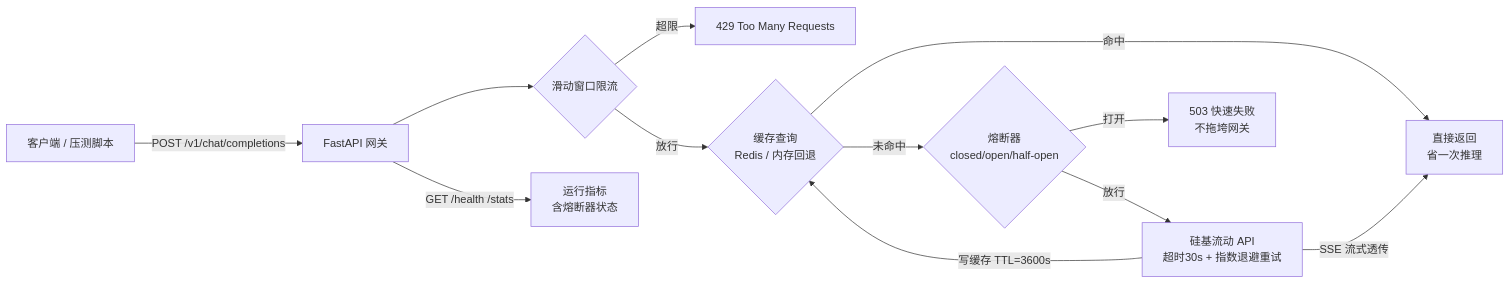
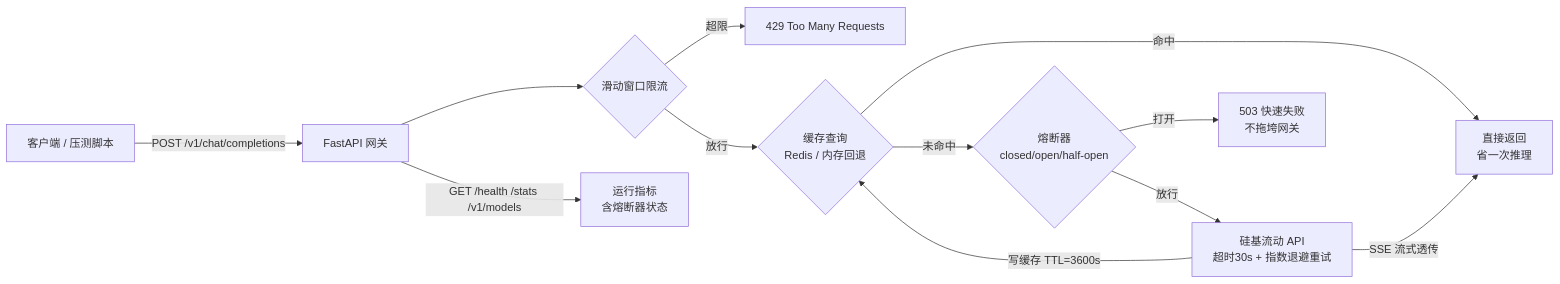
The diagram in README.md (xinyanqiao6-lang/project1-llm-api-service), drawn with Mermaid before and after one commit. The commit also changed other lines of this file and 2 other files, not shown here.

Commit message:
feat: 补 OpenAI 兼容 /v1/models 端点(让简历表述属实) + 加测试用例(19个) + README设计取舍段落

````diff
--- a/README.md
+++ b/README.md
@@ -8,14 +8,14 @@
 ```mermaid
 flowchart LR
     C[客户端 / 压测脚本] -->|POST /v1/chat/completions| GW[FastAPI 网关]
     GW --> RL{滑动窗口限流}
     RL -->|超限| R429[429 Too Many Requests]
     RL -->|放行| CH{缓存查询<br/>Redis / 内存回退}
     CH -->|命中| RESP[直接返回<br/>省一次推理]
     CH -->|未命中| CB{熔断器<br/>closed/open/half-open}
     CB -->|打开| R503[503 快速失败<br/>不拖垮网关]
     CB -->|放行| SF[硅基流动 API<br/>超时30s + 指数退避重试]
     SF -->|SSE 流式透传| RESP
     SF -->|写缓存 TTL=3600s| CH
-    GW -->|GET /health /stats| MON[运行指标<br/>含熔断器状态]
+    GW -->|GET /health /stats /v1/models| MON[运行指标<br/>含熔断器状态]
 ```
````
